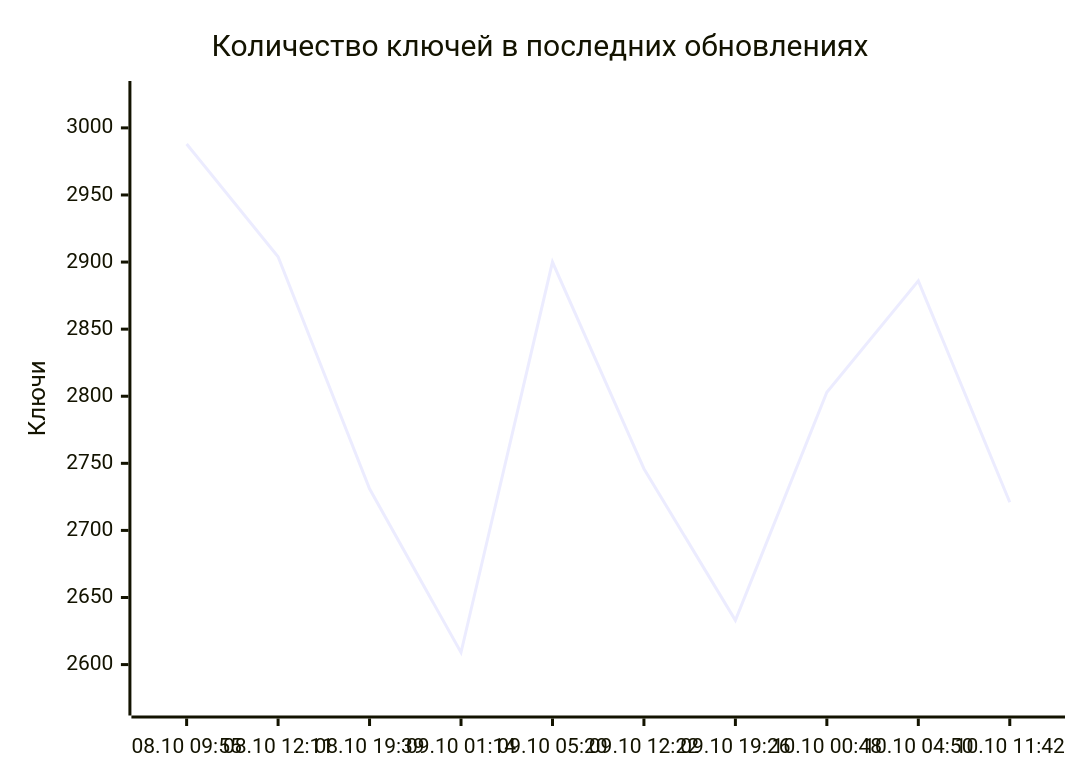
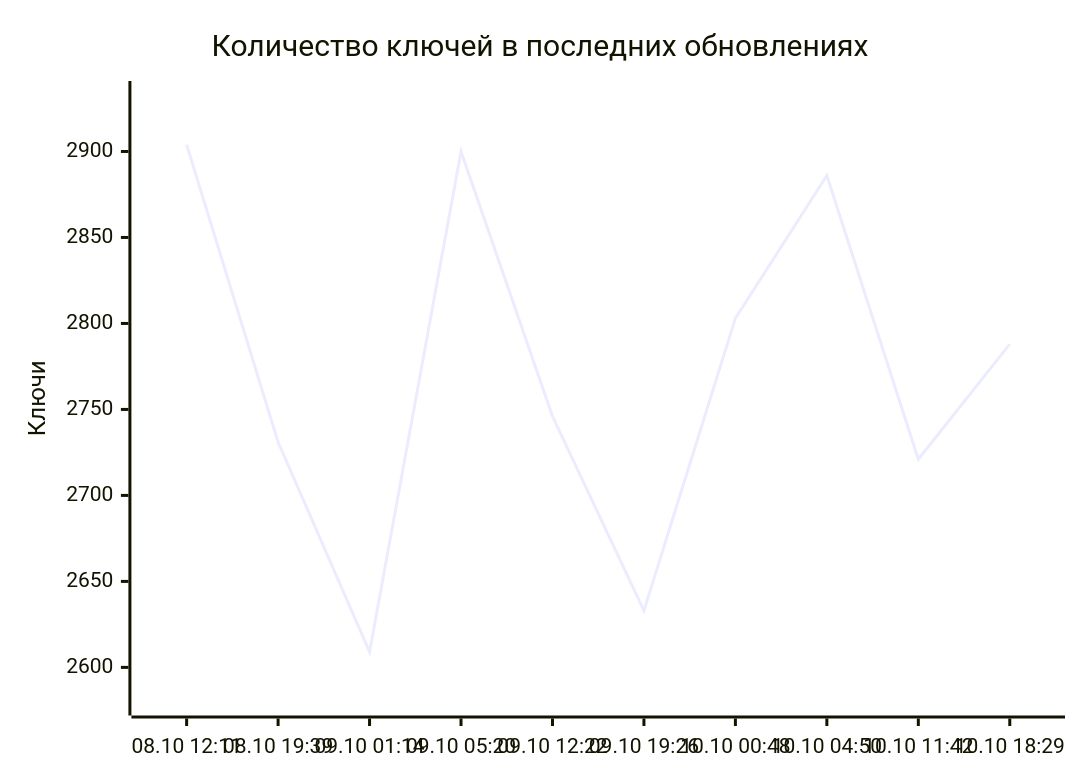
Before and after one commit to markKikhtenko/WireVeil: the diagram in README.md, drawn with Mermaid. The commit also changed other lines of this file and 12 other files, not shown here.

````diff
--- a/README.md
+++ b/README.md
@@ -55,7 +55,7 @@
 ```mermaid
 xychart-beta
     title "Количество ключей в последних обновлениях"
-    x-axis ["08.10 09:55", "08.10 12:11", "08.10 19:39", "09.10 01:14", "09.10 05:20", "09.10 12:22", "09.10 19:26", "10.10 00:48", "10.10 04:50", "10.10 11:42"]
-    y-axis "Ключи" 2571 --> 3026
-    line [2988, 2904, 2731, 2609, 2900, 2746, 2633, 2803, 2886, 2721]
+    x-axis ["08.10 12:11", "08.10 19:39", "09.10 01:14", "09.10 05:20", "09.10 12:22", "09.10 19:26", "10.10 00:48", "10.10 04:50", "10.10 11:42", "10.10 18:29"]
+    y-axis "Ключи" 2579 --> 2934
+    line [2904, 2731, 2609, 2900, 2746, 2633, 2803, 2886, 2721, 2788]
 ```
````
